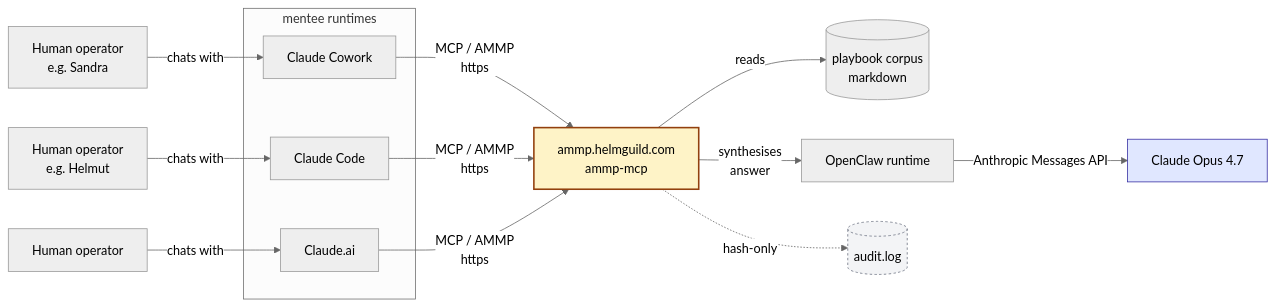
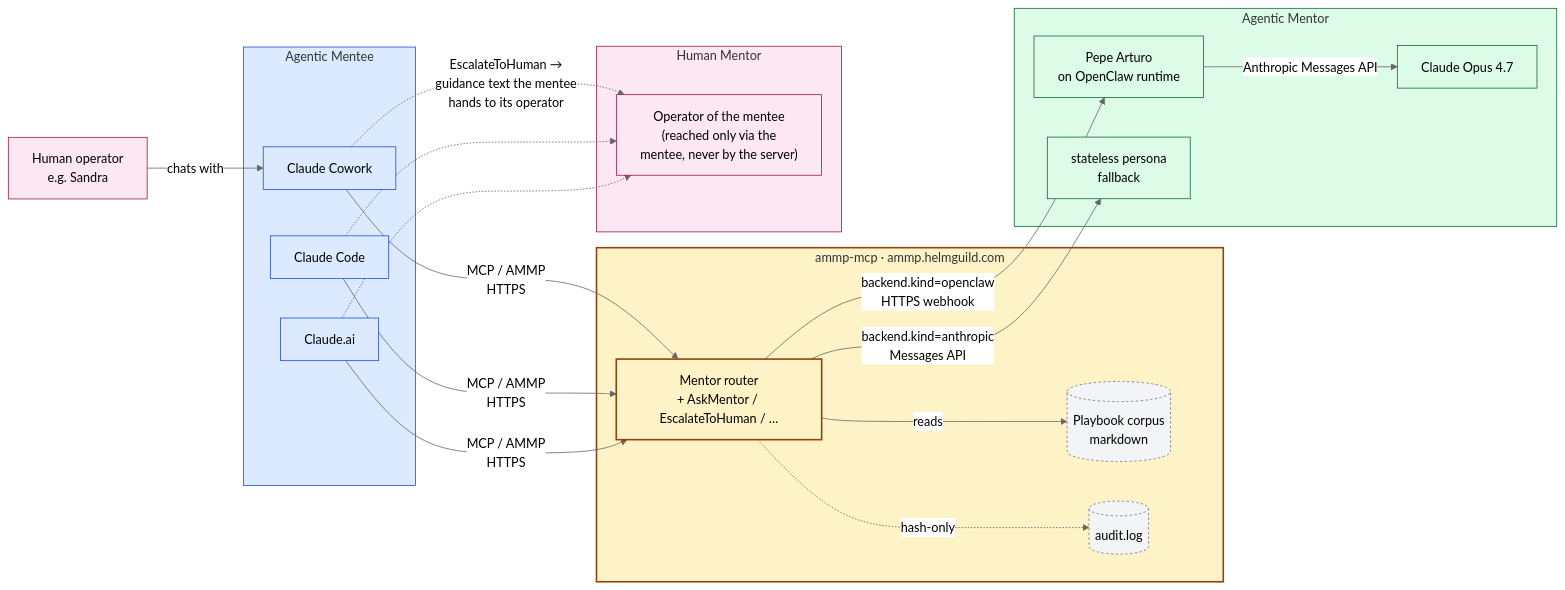
One commit to helmut-hoffer-von-ankershoffen/ammp-mcp changed the first of 2 diagrams in README.md. Above: the diagram before and after it, drawn with Mermaid (neutral theme). The commit also changed other lines of this file and 7 other files, not shown here.

First line of the commit message:
SonarCloud + ATTRIBUTIONS rebuild + setup/status/usage CLI + Mermaid + CONTRIBUTING

````diff
--- a/README.md
+++ b/README.md
@@ -27,26 +30,52 @@
 ```mermaid
 graph LR
-    H[Human operator<br/>e.g. Sandra] -->|chats with| CCW[Claude Cowork]
-    H2[Human operator<br/>e.g. Helmut] -->|chats with| CCO[Claude Code]
-    H3[Human operator] -->|chats with| CAI[Claude.ai]
+    HM_OP[Human operator<br/>e.g. Sandra] -->|chats with| CCW
 
-    subgraph Mentee_runtimes [mentee runtimes]
-      CCW
-      CCO
-      CAI
+    subgraph MENTEE [Agentic Mentee]
+      CCW[Claude Cowork]
+      CCO[Claude Code]
+      CAI[Claude.ai]
     end
 
-    CCW -->|MCP / AMMP<br/>https| AMMP[ammp.helmguild.com<br/>ammp-mcp]
-    CCO -->|MCP / AMMP<br/>https| AMMP
-    CAI -->|MCP / AMMP<br/>https| AMMP
+    CCW -->|MCP / AMMP<br/>HTTPS| AMMP
+    CCO -->|MCP / AMMP<br/>HTTPS| AMMP
+    CAI -->|MCP / AMMP<br/>HTTPS| AMMP
 
-    AMMP -->|reads| PB[(playbook corpus<br/>markdown)]
-    AMMP -->|synthesises<br/>answer| OC[OpenClaw runtime]
-    OC -->|Anthropic Messages API| OPUS[Claude Opus 4.7]
+    subgraph SERVER [ammp-mcp · ammp.helmguild.com]
+      AMMP[Mentor router<br/>+ AskMentor / EscalateToHuman / …]
+      AMMP -->|reads| PB[(Playbook corpus<br/>markdown)]
+      AMMP -.->|hash-only| LOG[(audit.log)]
+    end
 
-    AMMP -.->|hash-only| LOG[(audit.log)]
+    AMMP -->|backend.kind=openclaw<br/>HTTPS webhook| AGM
+    AMMP -->|backend.kind=anthropic<br/>Messages API| AD
 
-    style AMMP fill:#fef3c7,stroke:#92400e,stroke-width:2px
-    style OPUS fill:#e0e7ff,stroke:#3730a3
-    style LOG fill:#f3f4f6,stroke:#6b7280,stroke-dasharray:3 3
+    subgraph MENTOR_AGENTIC [Agentic Mentor]
+      AGM[Pepe Arturo<br/>on OpenClaw runtime] -->|Anthropic Messages API| OPUS[Claude Opus 4.7]
+      AD[stateless persona<br/>fallback]
+    end
+
+    subgraph MENTOR_HUMAN [Human Mentor]
+      HUM["Operator of the mentee<br/>(reached only via the<br/>mentee, never by the server)"]
+    end
+
+    CCW -.->|"EscalateToHuman →<br/>guidance text the mentee<br/>hands to its operator"| HUM
+    CCO -.-> HUM
+    CAI -.-> HUM
+
+    classDef mentee fill:#dbeafe,stroke:#1d4ed8;
+    classDef server fill:#fef3c7,stroke:#92400e,stroke-width:2px;
+    classDef mentor fill:#dcfce7,stroke:#166534;
+    classDef human fill:#fce7f3,stroke:#9d174d;
+    classDef store fill:#f3f4f6,stroke:#6b7280,stroke-dasharray:3 3;
+    class MENTEE mentee
+    class CCW,CCO,CAI mentee
+    class SERVER server
+    class AMMP server
+    class MENTOR_AGENTIC mentor
+    class AGM,AD,OPUS mentor
+    class MENTOR_HUMAN human
+    class HUM human
+    class HM_OP human
+    class PB,LOG store
 ```
````
